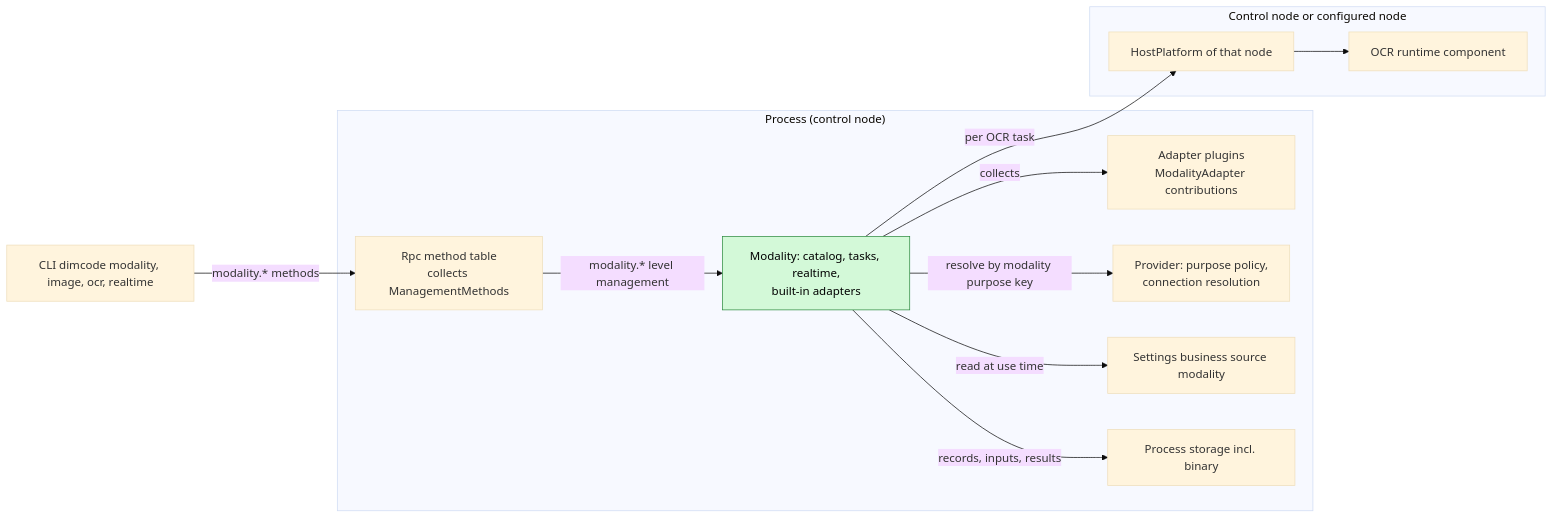
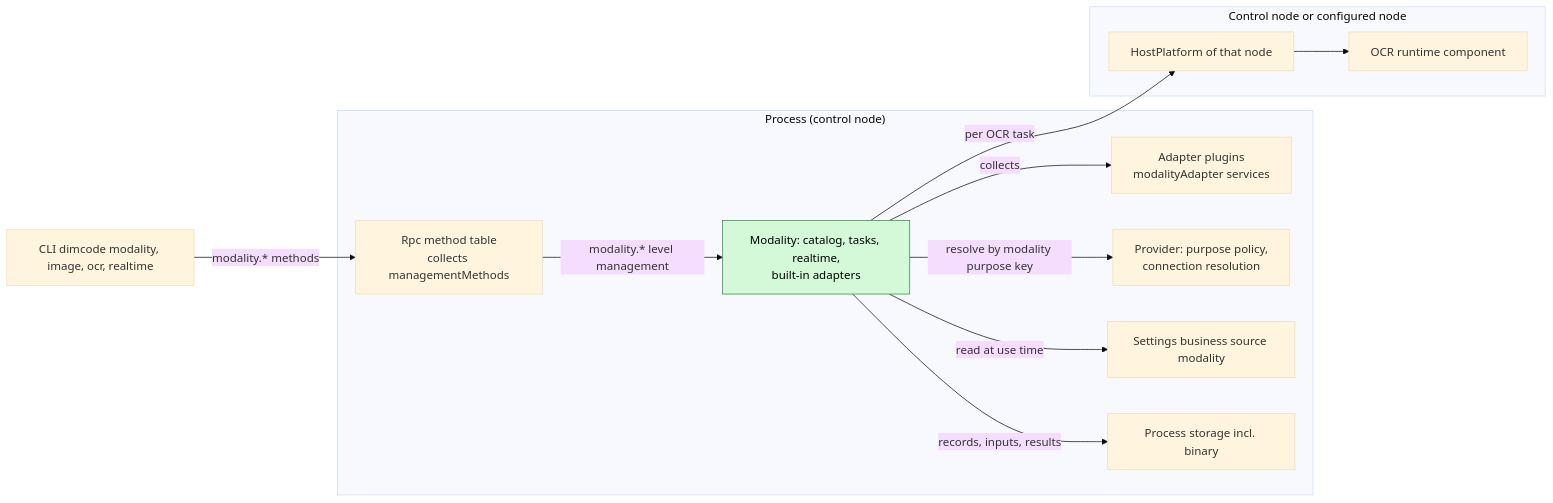
The first of 6 diagrams in docs/design/plugins/Modality.md (CoutinhoTTS/dim-agent), drawn with Mermaid (base theme) before and after one commit. The commit also changed other lines of this file and 2 other files, not shown here.

Commit message:
docs(design): language-neutral contracts and node-offline rule for Modality, PluginManager and RemoteGateway

````diff
--- a/docs/design/plugins/Modality.md
+++ b/docs/design/plugins/Modality.md
@@ -9,25 +9,25 @@
 ```mermaid
 flowchart LR
   subgraph PROC["Process (control node)"]
     Mod["Modality: catalog, tasks, realtime,<br/>built-in adapters"]:::new
-    AdPlug["Adapter plugins<br/>ModalityAdapter contributions"]
-    Rpc["Rpc method table<br/>collects ManagementMethods"]
+    AdPlug["Adapter plugins<br/>modalityAdapter services"]
+    Rpc["Rpc method table<br/>collects managementMethods"]
     Prov["Provider: purpose policy,<br/>connection resolution"]
     Set["Settings business source modality"]
     Store["Process storage incl. binary"]
   end
   subgraph NODE["Control node or configured node"]
     HP["HostPlatform of that node"]
     OCR["OCR runtime component"]
   end
   CLI["CLI dimcode modality, image, ocr, realtime"]
   Mod -->|"collects"| AdPlug
   Mod -->|"per OCR task"| HP
   HP --> OCR
   Mod -->|"resolve by modality purpose key"| Prov
   Mod -->|"records, inputs, results"| Store
   Mod -->|"read at use time"| Set
   Rpc -->|"modality.* level management"| Mod
   CLI -->|"modality.* methods"| Rpc
   classDef new fill:#d3f9d8,stroke:#2b8a3e,color:#000
 ```
````
